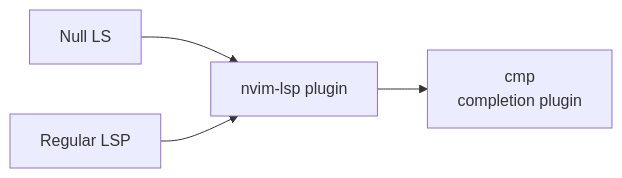
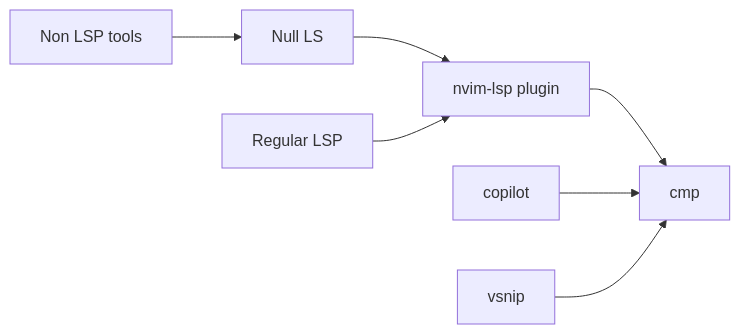
One commit to albandiguer/dotfiles changed the diagram in README.md. Above: the diagram before and after it, drawn with Mermaid. The commit also changed other lines of this file and 1 other file, not shown here.

Commit message:
chore: lighten docs

````diff
--- a/README.md
+++ b/README.md
@@ -74,15 +74,17 @@
 ```mermaid
 flowchart LR
-  cmp["
-    cmp
-    completion plugin
-  "]
+  cmp["cmp"]
+  copilot["copilot"]
+  not-lsp["Non LSP tools"]
   null-ls["Null LS"]
   nvim-lsp["nvim-lsp plugin"]
   regular-lsp["Regular LSP"]
+  not-lsp --> null-ls
   null-ls --> nvim-lsp
   regular-lsp --> nvim-lsp
   nvim-lsp --> cmp
+  copilot --> cmp
+  vsnip --> cmp
 
 
 ```
````
